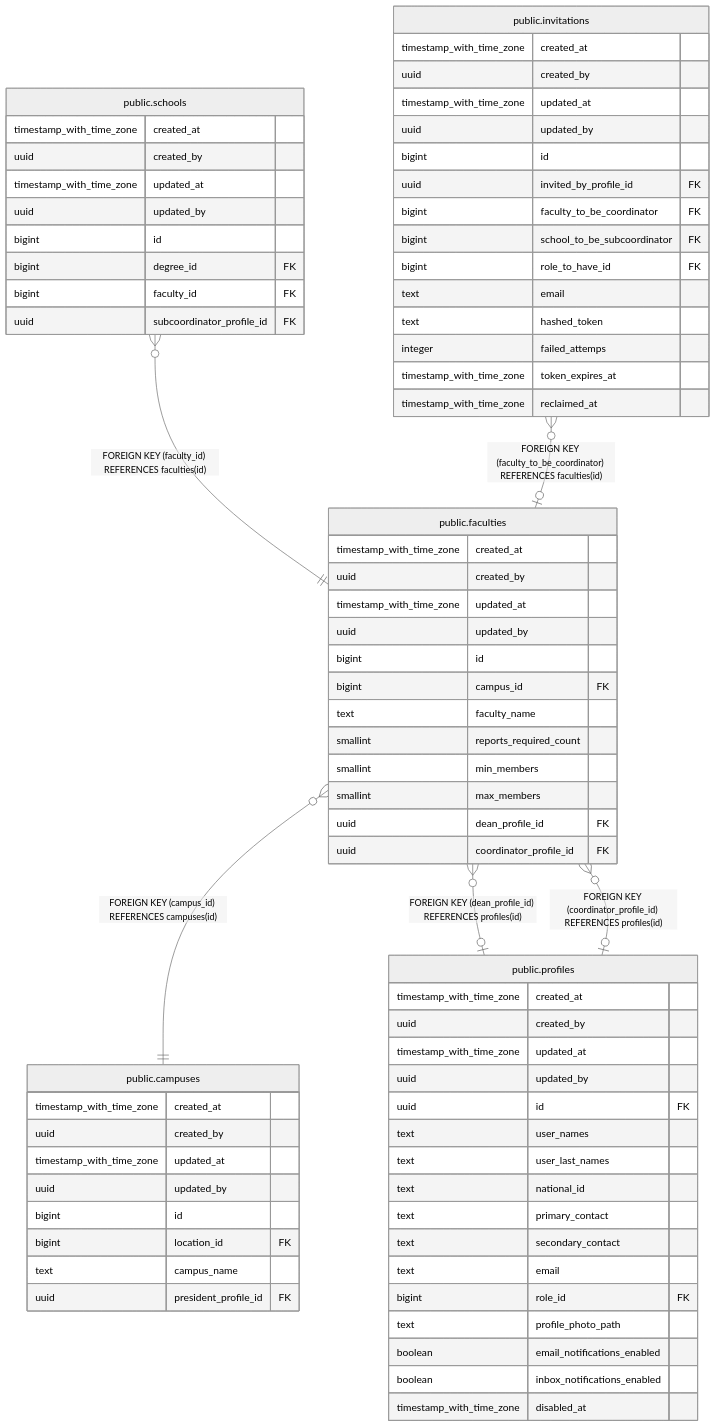
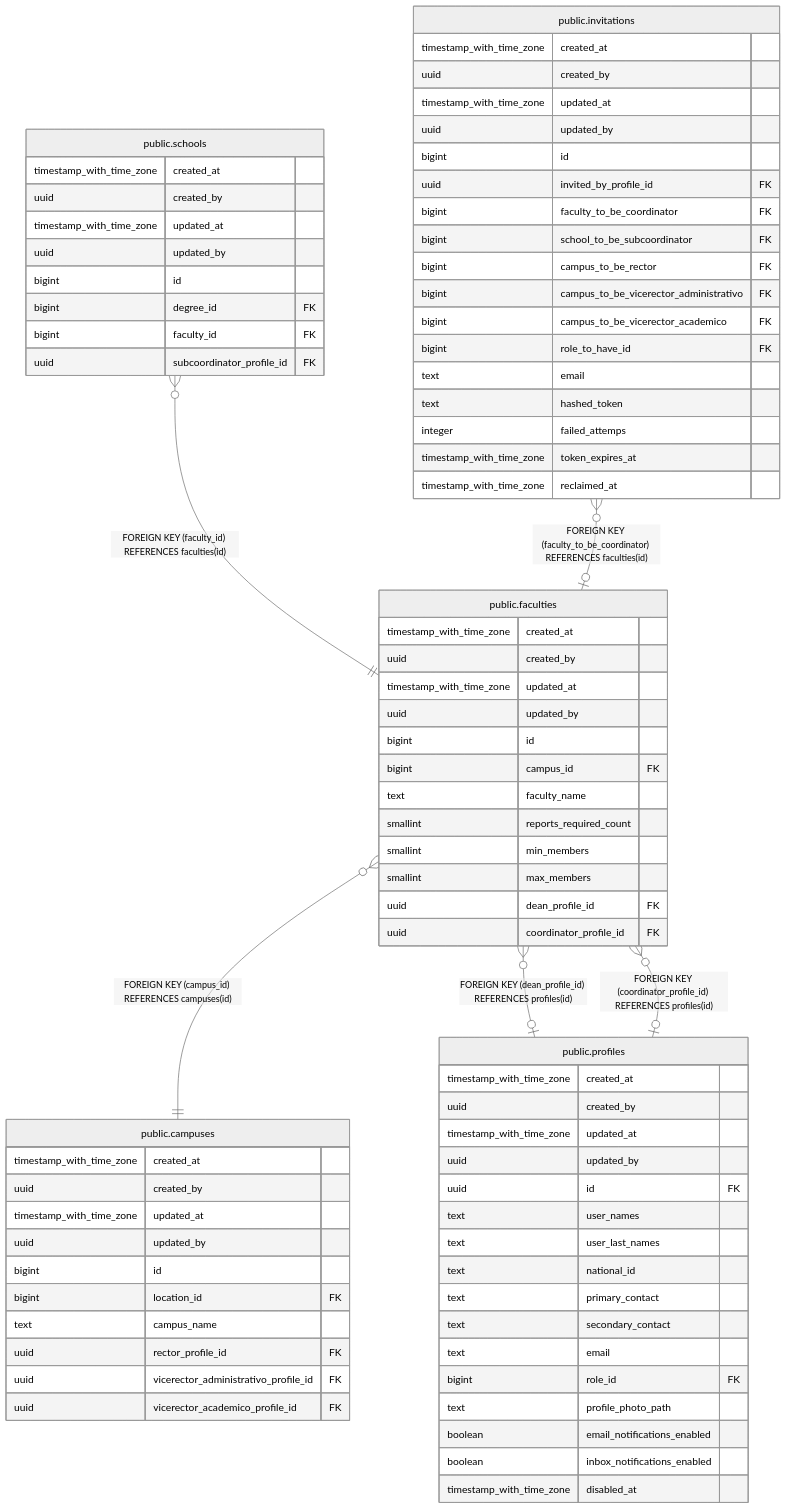
Before and after one commit to icristianhernandez/academic-service-backend: the diagram in docs/db/tbls/public.faculties.md, drawn with Mermaid (neutral theme). The commit also changed 11 other files, not shown here.

```diff
--- a/docs/db/tbls/public.faculties.md
+++ b/docs/db/tbls/public.faculties.md
@@ -91,6 +91,9 @@
   uuid invited_by_profile_id FK ""
   bigint faculty_to_be_coordinator FK ""
   bigint school_to_be_subcoordinator FK ""
+  bigint campus_to_be_rector FK ""
+  bigint campus_to_be_vicerector_administrativo FK ""
+  bigint campus_to_be_vicerector_academico FK ""
   bigint role_to_have_id FK ""
   text email ""
   text hashed_token ""
@@ -106,7 +109,9 @@
   bigint id ""
   bigint location_id FK ""
   text campus_name ""
-  uuid president_profile_id FK ""
+  uuid rector_profile_id FK ""
+  uuid vicerector_administrativo_profile_id FK ""
+  uuid vicerector_academico_profile_id FK ""
 }
 "public.profiles" {
   timestamp_with_time_zone created_at ""
```
